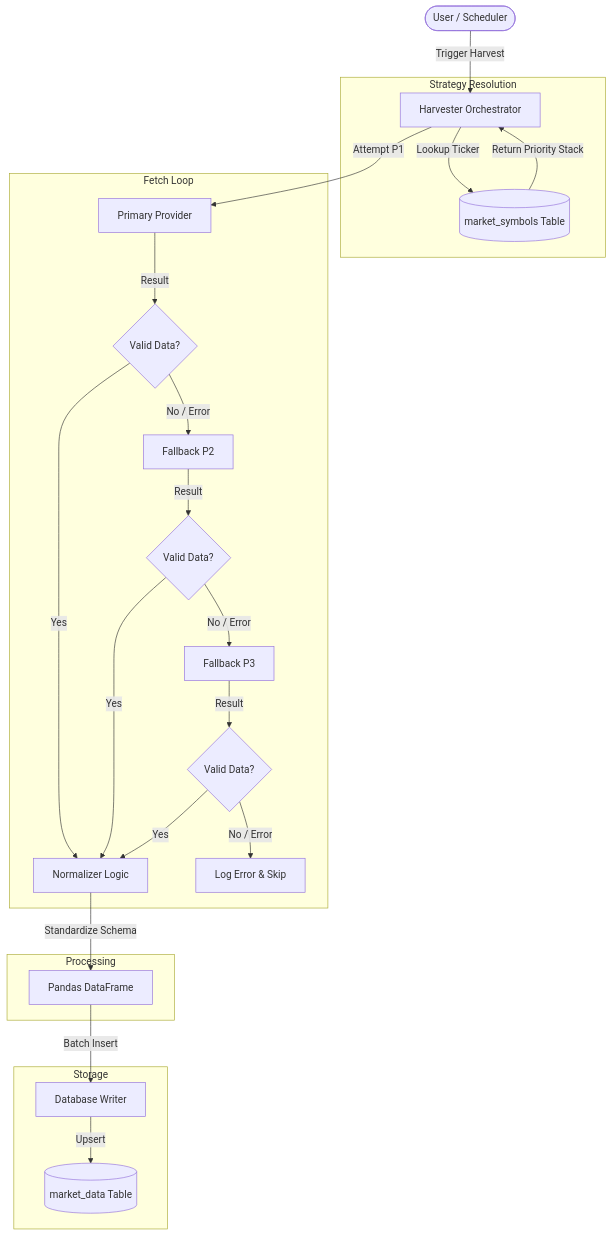
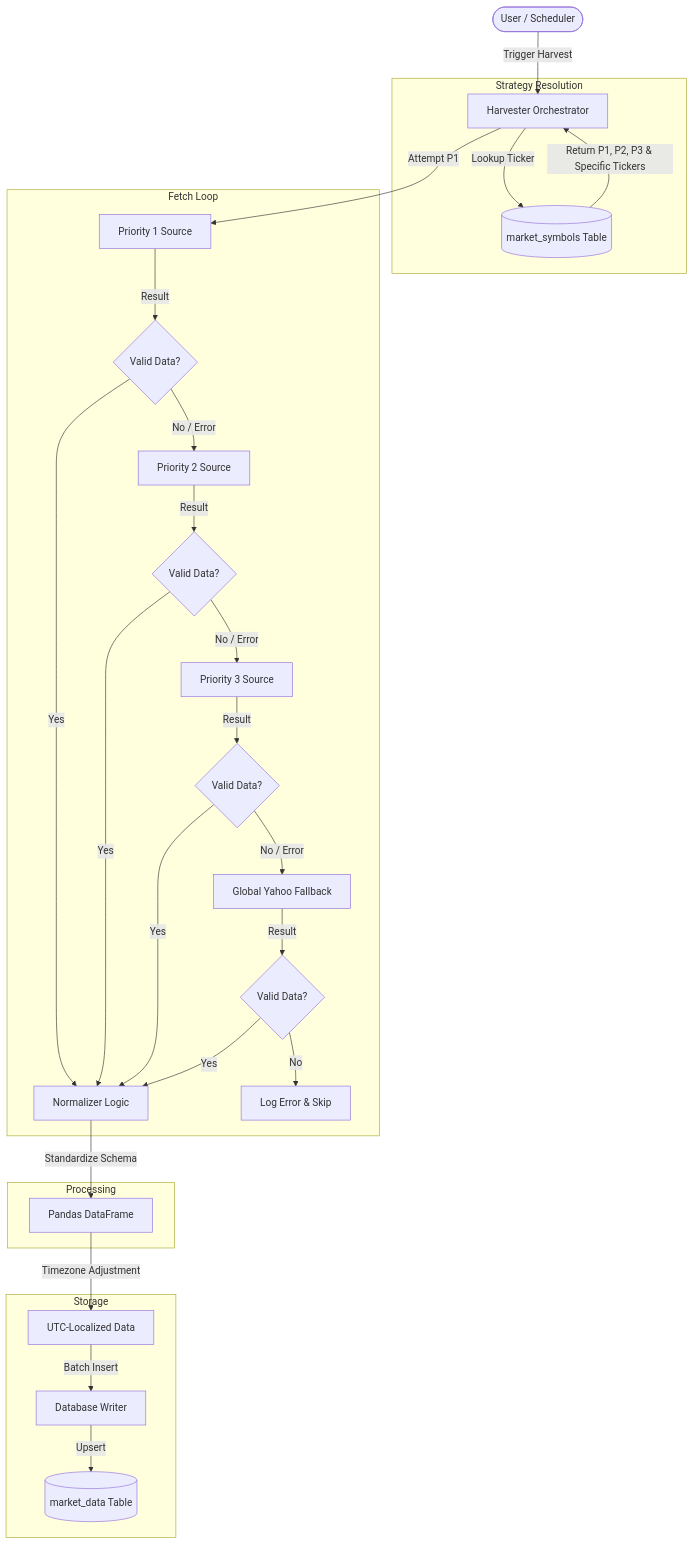
Before and after one commit to emadprograms/data-harvester: the diagram in system_architecture.md, drawn with Mermaid. The commit also changed other lines of this file, not shown here.

Commit message:
Docs: Update system architecture and directory structure

````diff
--- a/system_architecture.md
+++ b/system_architecture.md
@@ -38,34 +47,39 @@
 ```mermaid
 graph TD
     User([User / Scheduler]) -->|Trigger Harvest| Orchestrator[Harvester Orchestrator]
     
     subgraph Strategy Resolution
     Orchestrator -->|Lookup Ticker| Inventory[(market_symbols Table)]
-    Inventory -->|Return Priority Stack| Orchestrator
+    Inventory -->|Return P1, P2, P3 & Specific Tickers| Orchestrator
     end
 
     subgraph Fetch Loop
-    Orchestrator -->|Attempt P1| P1[Primary Provider]
+    Orchestrator -->|Attempt P1| P1[Priority 1 Source]
     P1 -->|Result| Validator{Valid Data?}
     
-    Validator -->|No / Error| P2[Fallback P2]
+    Validator -->|No / Error| P2[Priority 2 Source]
     Validator -->|Yes| Normalizer
     
     P2 -->|Result| Validator2{Valid Data?}
-    Validator2 -->|No / Error| P3[Fallback P3]
+    Validator2 -->|No / Error| P3[Priority 3 Source]
     Validator2 -->|Yes| Normalizer
     
     P3 -->|Result| Validator3{Valid Data?}
-    Validator3 -->|No / Error| Skip[Log Error & Skip]
+    Validator3 -->|No / Error| GlobalYahoo[Global Yahoo Fallback]
     Validator3 -->|Yes| Normalizer
+
+    GlobalYahoo -->|Result| Validator4{Valid Data?}
+    Validator4 -->|No| Skip[Log Error & Skip]
+    Validator4 -->|Yes| Normalizer
     end
 
     subgraph Processing
     Normalizer[Normalizer Logic] -->|Standardize Schema| DataFrame[Pandas DataFrame]
     end
 
     subgraph Storage
-    DataFrame -->|Batch Insert| DBWriter[Database Writer]
+    DataFrame -->|Timezone Adjustment| UTCStorage[UTC-Localized Data]
+    UTCStorage -->|Batch Insert| DBWriter[Database Writer]
     DBWriter -->|Upsert| MarketData[(market_data Table)]
     end
 ```
````
